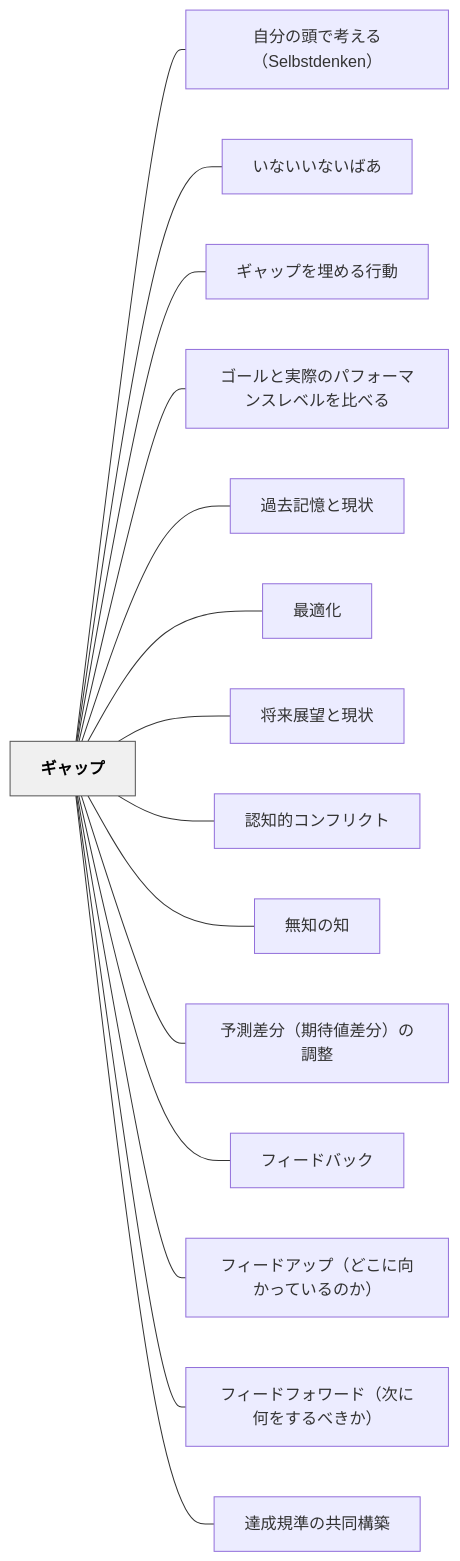
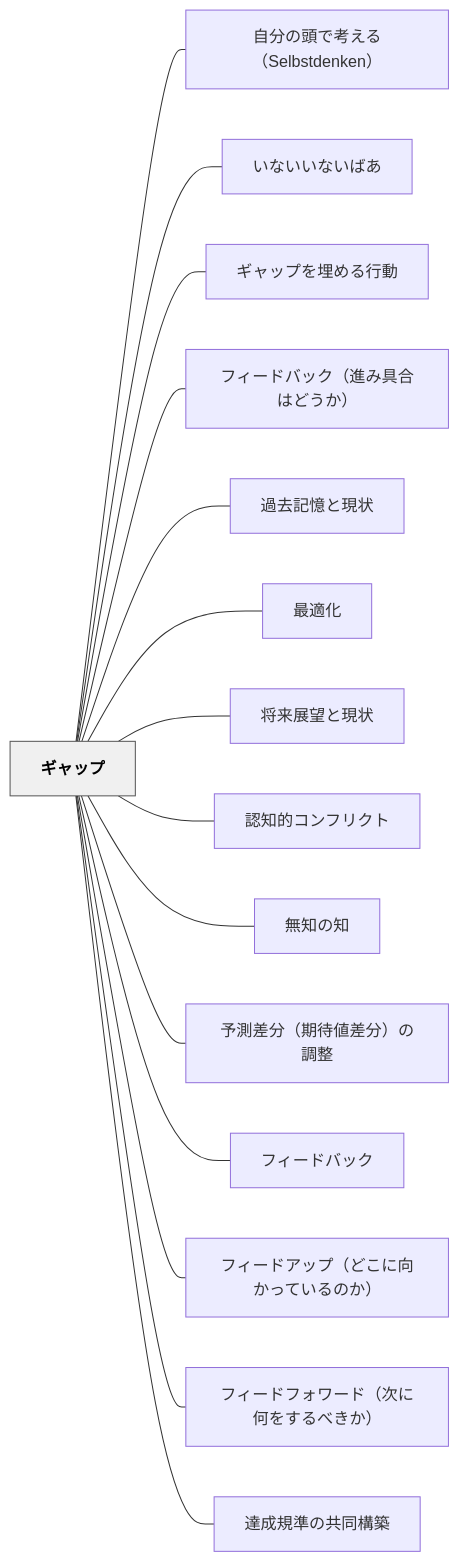
The diagram in content/パタン/ギャップ.md (unknownthings-ed-patterns/unknownthings-ed-patterns), drawn with Mermaid before and after one commit. The commit also changed other lines of this file and 5 other files, not shown here.

````diff
--- a/content/パタン/ギャップ.md
+++ b/content/パタン/ギャップ.md
@@ -61,36 +61,36 @@
 ```mermaid
 flowchart LR
     ne382aee383a3e38383e38397["ギャップ"]
     ne887aae58886e381aee9a0ade381a7e88083e38188e3828befbc8853656c62737464656e6b656eefbc89["自分の頭で考える（Selbstdenken）"]
     ne38184e381aae38184e38184e381aae38184e381b0e38182["いないいないばあ"]
     ne382aee383a3e38383e38397e38292e59f8be38281e3828be8a18ce58b95["ギャップを埋める行動"]
-    ne382b4e383bce383abe381a8e5ae9fe99a9be381aee38391e38395e382a9e383bce3839ee383b3e382b9e383ace38399e383abe38292e6af94e381b9e3828b["ゴールと実際のパフォーマンスレベルを比べる"]
+    ne38395e382a3e383bce38389e38390e38383e382afefbc88e980b2e381bfe585b7e59088e381afe381a9e38186e3818befbc89["フィードバック（進み具合はどうか）"]
     ne9818ee58ebbe8a898e686b6e381a8e78fbee78ab6["過去記憶と現状"]
     ne69c80e981a9e58c96["最適化"]
     ne5b086e69da5e5b195e69c9be381a8e78fbee78ab6["将来展望と現状"]
     ne8aa8de79fa5e79a84e382b3e383b3e38395e383aae382afe38388["認知的コンフリクト"]
     ne784a1e79fa5e381aee79fa5["無知の知"]
     ne4ba88e6b8ace5b7aee58886efbc88e69c9fe5be85e580a4e5b7aee58886efbc89e381aee8aabfe695b4["予測差分（期待値差分）の調整"]
     ne38395e382a3e383bce38389e38390e38383e382af["フィードバック"]
     ne38395e382a3e383bce38389e382a2e38383e38397efbc88e381a9e38193e381abe59091e3818be381a3e381a6e38184e3828be381aee3818befbc89["フィードアップ（どこに向かっているのか）"]
     ne38395e382a3e383bce38389e38395e382a9e383afe383bce38389efbc88e6aca1e381abe4bd95e38292e38199e3828be381b9e3818de3818befbc89["フィードフォワード（次に何をするべきか）"]
     ne98194e68890e8a68fe6ba96e381aee585b1e5908ce6a78be7af89["達成規準の共同構築"]
 
     ne382aee383a3e38383e38397 --- ne887aae58886e381aee9a0ade381a7e88083e38188e3828befbc8853656c62737464656e6b656eefbc89
     ne382aee383a3e38383e38397 --- ne38184e381aae38184e38184e381aae38184e381b0e38182
     ne382aee383a3e38383e38397 --- ne382aee383a3e38383e38397e38292e59f8be38281e3828be8a18ce58b95
-    ne382aee383a3e38383e38397 --- ne382b4e383bce383abe381a8e5ae9fe99a9be381aee38391e38395e382a9e383bce3839ee383b3e382b9e383ace38399e383abe38292e6af94e381b9e3828b
+    ne382aee383a3e38383e38397 --- ne38395e382a3e383bce38389e38390e38383e382afefbc88e980b2e381bfe585b7e59088e381afe381a9e38186e3818befbc89
     ne382aee383a3e38383e38397 --- ne9818ee58ebbe8a898e686b6e381a8e78fbee78ab6
     ne382aee383a3e38383e38397 --- ne69c80e981a9e58c96
     ne382aee383a3e38383e38397 --- ne5b086e69da5e5b195e69c9be381a8e78fbee78ab6
     ne382aee383a3e38383e38397 --- ne8aa8de79fa5e79a84e382b3e383b3e38395e383aae382afe38388
     ne382aee383a3e38383e38397 --- ne784a1e79fa5e381aee79fa5
     ne382aee383a3e38383e38397 --- ne4ba88e6b8ace5b7aee58886efbc88e69c9fe5be85e580a4e5b7aee58886efbc89e381aee8aabfe695b4
     ne382aee383a3e38383e38397 --- ne38395e382a3e383bce38389e38390e38383e382af
     ne382aee383a3e38383e38397 --- ne38395e382a3e383bce38389e382a2e38383e38397efbc88e381a9e38193e381abe59091e3818be381a3e381a6e38184e3828be381aee3818befbc89
     ne382aee383a3e38383e38397 --- ne38395e382a3e383bce38389e38395e382a9e383afe383bce38389efbc88e6aca1e381abe4bd95e38292e38199e3828be381b9e3818de3818befbc89
     ne382aee383a3e38383e38397 --- ne98194e68890e8a68fe6ba96e381aee585b1e5908ce6a78be7af89
 
     classDef hub fill:#f0f0f0,stroke:#555,color:#000,font-weight:bold
     class ne382aee383a3e38383e38397 hub
 ```
````
